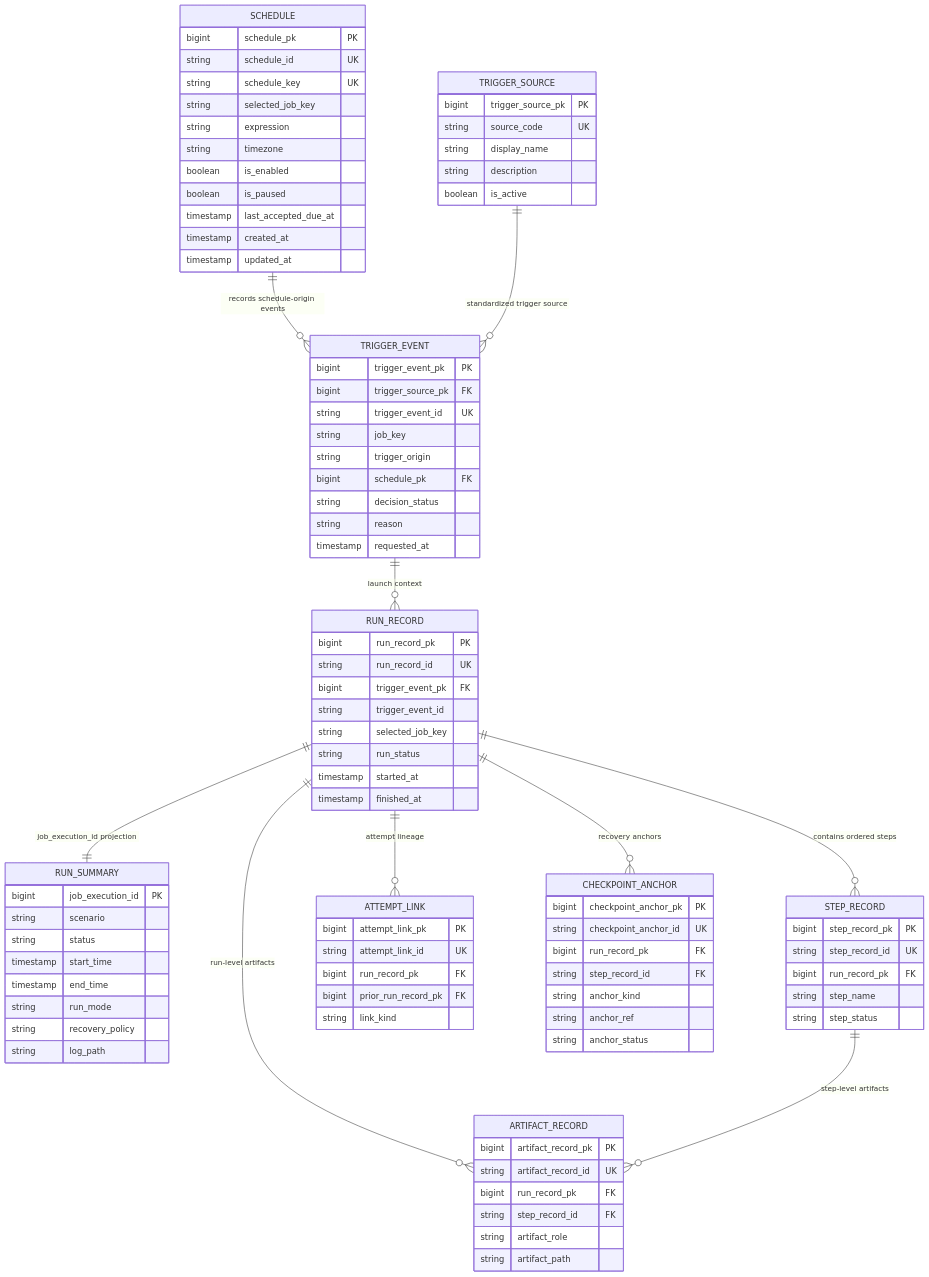
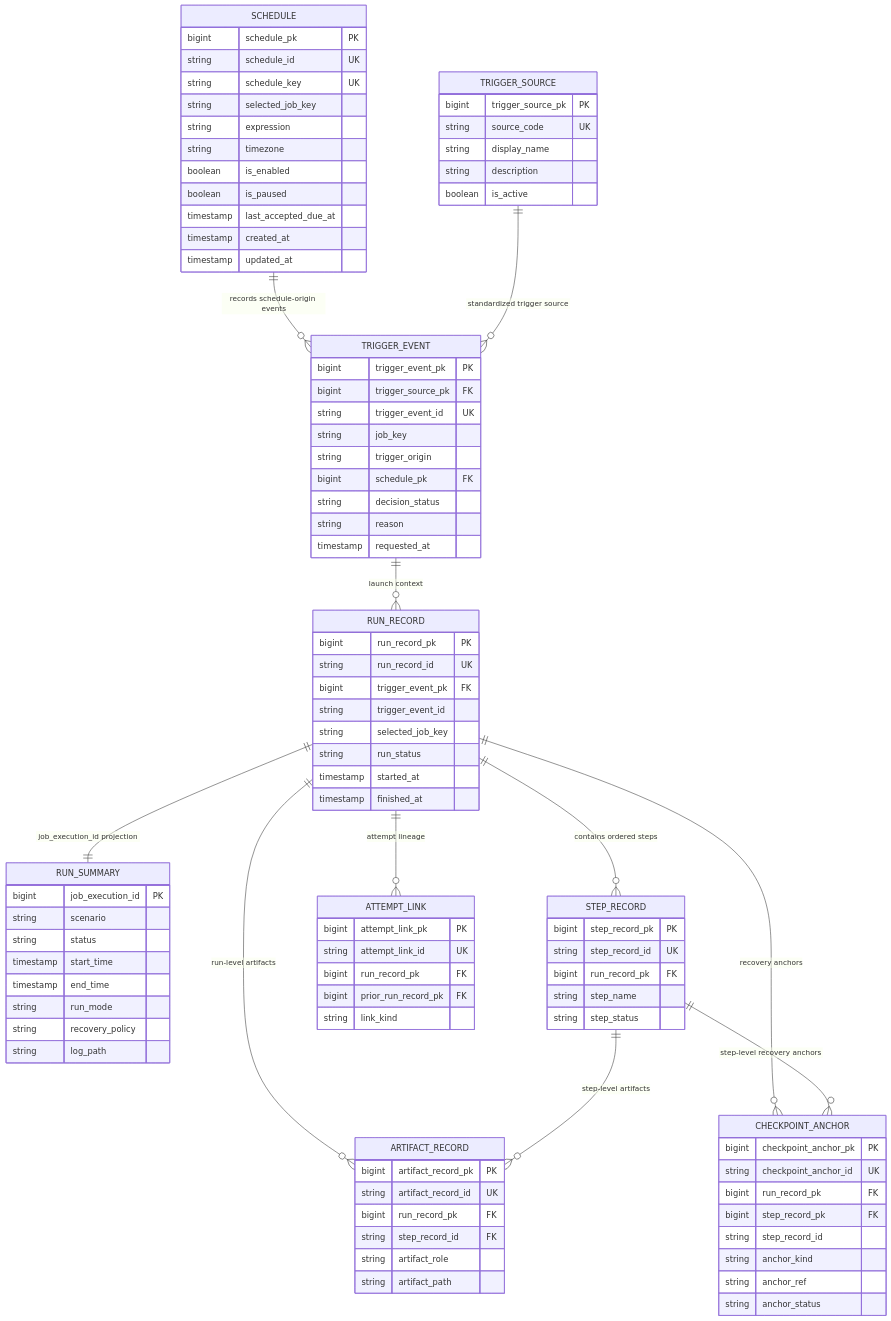
One commit to kbalanandam/spring-etl-engine changed the second of 2 diagrams in docs/architecture/control-plane/control-plane-local-relational-schema.md. Above: the diagram before and after it, drawn with Mermaid. The commit also changed other lines of this file and 3 other files, not shown here.

Commit message:
Use PK step linkage for checkpoint anchors and formalize ID policy

````diff
--- a/docs/architecture/control-plane/control-plane-local-relational-schema.md
+++ b/docs/architecture/control-plane/control-plane-local-relational-schema.md
@@ -197,7 +198,8 @@
         bigint checkpoint_anchor_pk PK
         string checkpoint_anchor_id UK
         bigint run_record_pk FK
-        string step_record_id FK
+        bigint step_record_pk FK
+        string step_record_id
         string anchor_kind
         string anchor_ref
         string anchor_status
@@ -212,4 +214,5 @@
     STEP_RECORD ||--o{ ARTIFACT_RECORD : "step-level artifacts"
     RUN_RECORD ||--o{ ATTEMPT_LINK : "attempt lineage"
     RUN_RECORD ||--o{ CHECKPOINT_ANCHOR : "recovery anchors"
+    STEP_RECORD ||--o{ CHECKPOINT_ANCHOR : "step-level recovery anchors"
 ```
````
